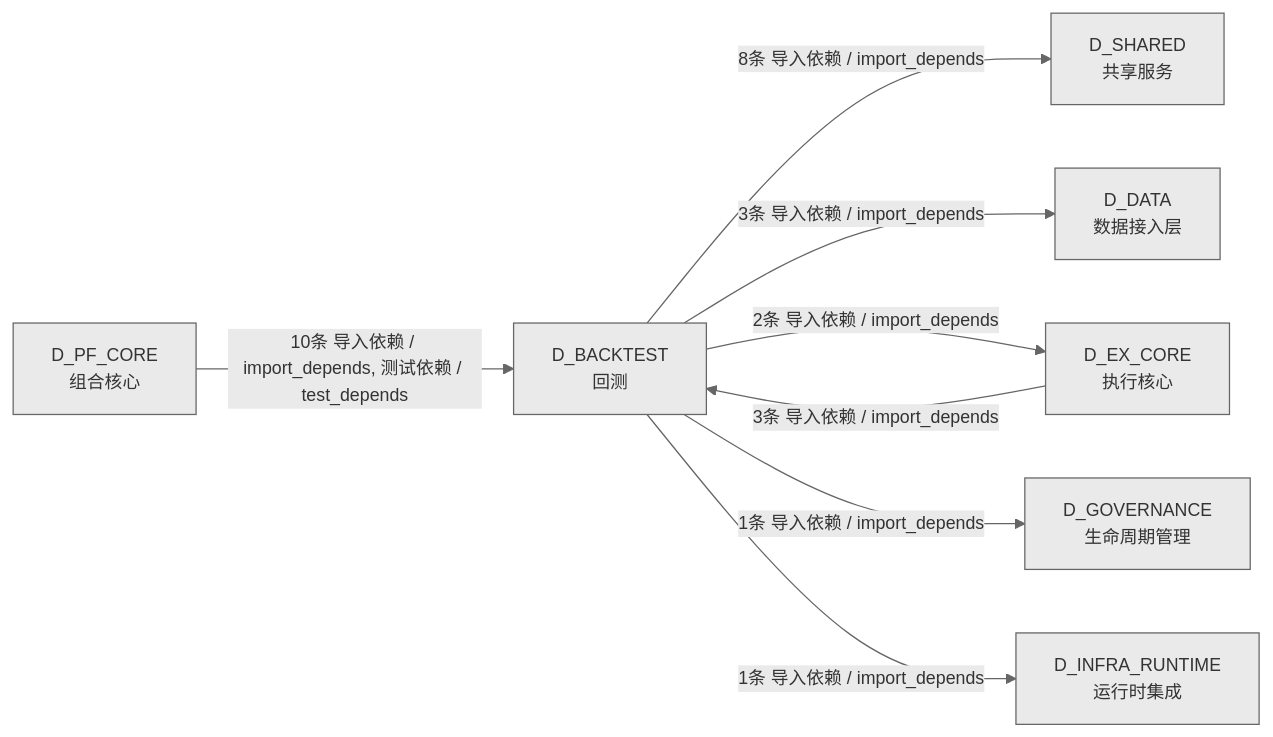
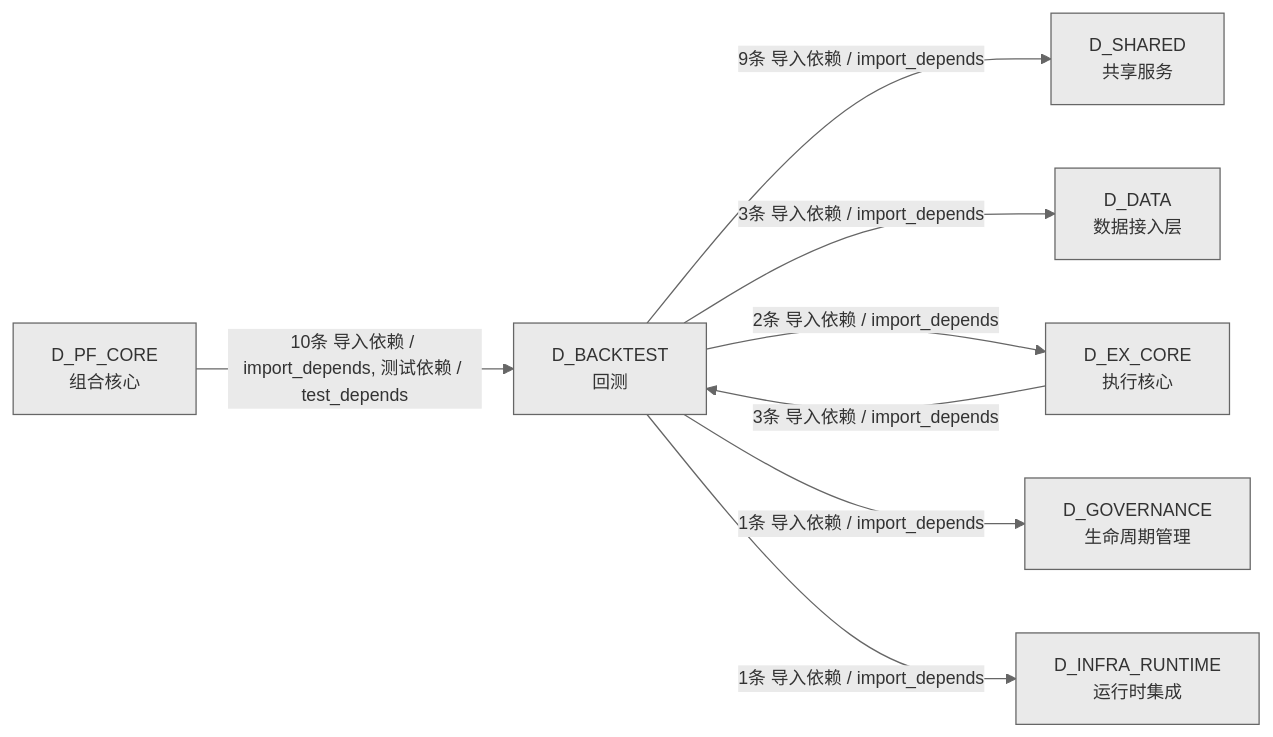
Before and after one commit to xuanFelixVan/ZephyrAlpha: the fourth of 4 diagrams in docs/02_enterprise_architecture/02_domain_architecture_docs/35_d_backtest.md, drawn with Mermaid. The commit also changed other lines of this file and 46 other files, not shown here.

````diff
--- a/docs/02_enterprise_architecture/02_domain_architecture_docs/35_d_backtest.md
+++ b/docs/02_enterprise_architecture/02_domain_architecture_docs/35_d_backtest.md
@@ -355,18 +364,18 @@
 ```mermaid
 %%{init: {'theme': 'base', 'themeVariables': {'primaryColor': '#eaeaea', 'primaryTextColor': '#333333', 'primaryBorderColor': '#666666', 'lineColor': '#666666', 'secondaryColor': '#eaeaea', 'tertiaryColor': '#eaeaea', 'fontSize': '14px'}}}%%
 graph LR
     D_BACKTEST["D_BACKTEST<br/>回测"]
     D_SHARED["D_SHARED<br/>共享服务"]
     D_DATA["D_DATA<br/>数据接入层"]
     D_EX_CORE["D_EX_CORE<br/>执行核心"]
     D_GOVERNANCE["D_GOVERNANCE<br/>生命周期管理"]
     D_INFRA_RUNTIME["D_INFRA_RUNTIME<br/>运行时集成"]
     D_PF_CORE["D_PF_CORE<br/>组合核心"]
-    D_BACKTEST -->|8条 导入依赖 / import_depends| D_SHARED
+    D_BACKTEST -->|9条 导入依赖 / import_depends| D_SHARED
     D_BACKTEST -->|3条 导入依赖 / import_depends| D_DATA
     D_BACKTEST -->|2条 导入依赖 / import_depends| D_EX_CORE
     D_BACKTEST -->|1条 导入依赖 / import_depends| D_GOVERNANCE
     D_BACKTEST -->|1条 导入依赖 / import_depends| D_INFRA_RUNTIME
     D_PF_CORE -->|10条 导入依赖 / import_depends, 测试依赖 / test_depends| D_BACKTEST
     D_EX_CORE -->|3条 导入依赖 / import_depends| D_BACKTEST
 ```
````
